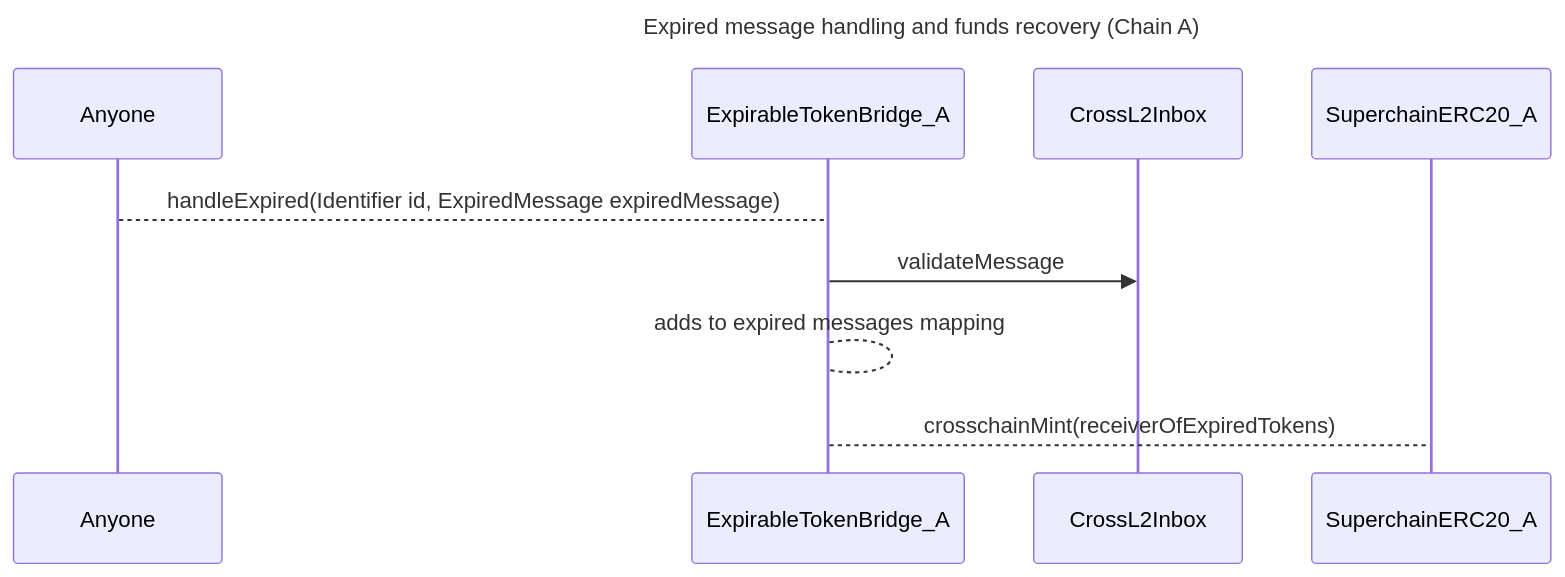
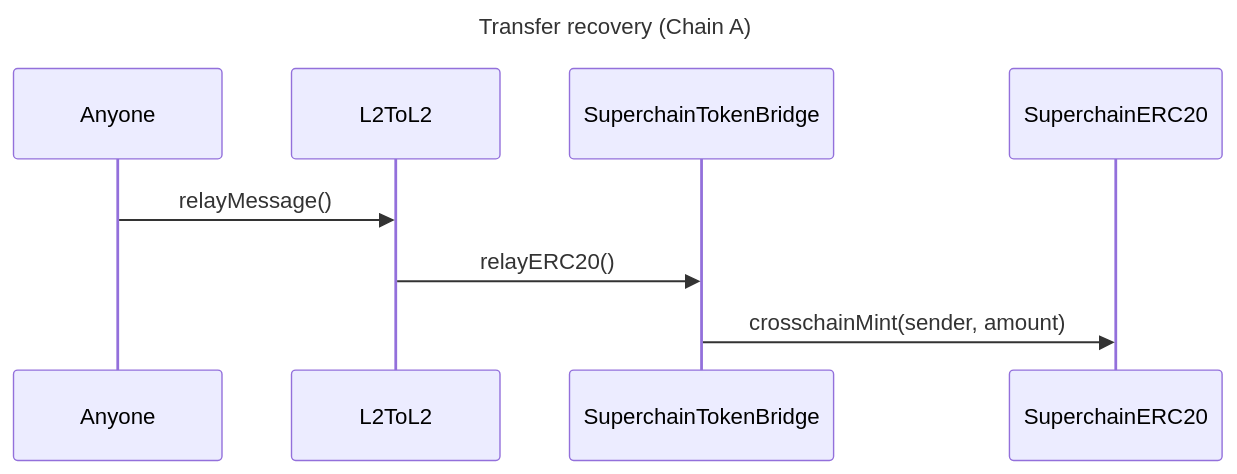
One commit to ethereum-optimism/design-docs changed the second of 2 diagrams in protocol/messaging/entrypoints.md. Above: the diagram before and after it, drawn with Mermaid. The commit also changed other lines of this file, not shown here.

````diff
--- a/protocol/messaging/entrypoints.md
+++ b/protocol/messaging/entrypoints.md
@@ -127,10 +102,8 @@
 ```mermaid
 sequenceDiagram
+title Transfer recovery (Chain A)
 
-title Expired message handling and funds recovery (Chain A)
-
-Anyone-->ExpirableTokenBridge_A: handleExpired(Identifier id, ExpiredMessage expiredMessage)
-ExpirableTokenBridge_A->>CrossL2Inbox: validateMessage
-ExpirableTokenBridge_A-->ExpirableTokenBridge_A: adds to expired messages mapping
-ExpirableTokenBridge_A-->SuperchainERC20_A: crosschainMint(receiverOfExpiredTokens)
+Anyone ->> L2ToL2: relayMessage()
+L2ToL2 ->> SuperchainTokenBridge: relayERC20()
+SuperchainTokenBridge ->> SuperchainERC20: crosschainMint(sender, amount)
 ```
````
